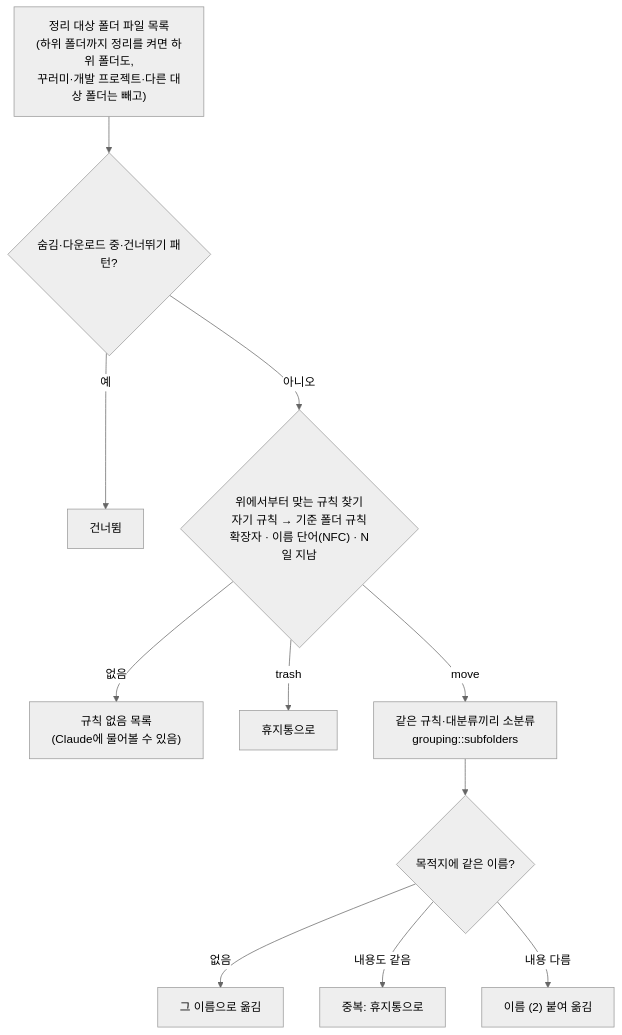
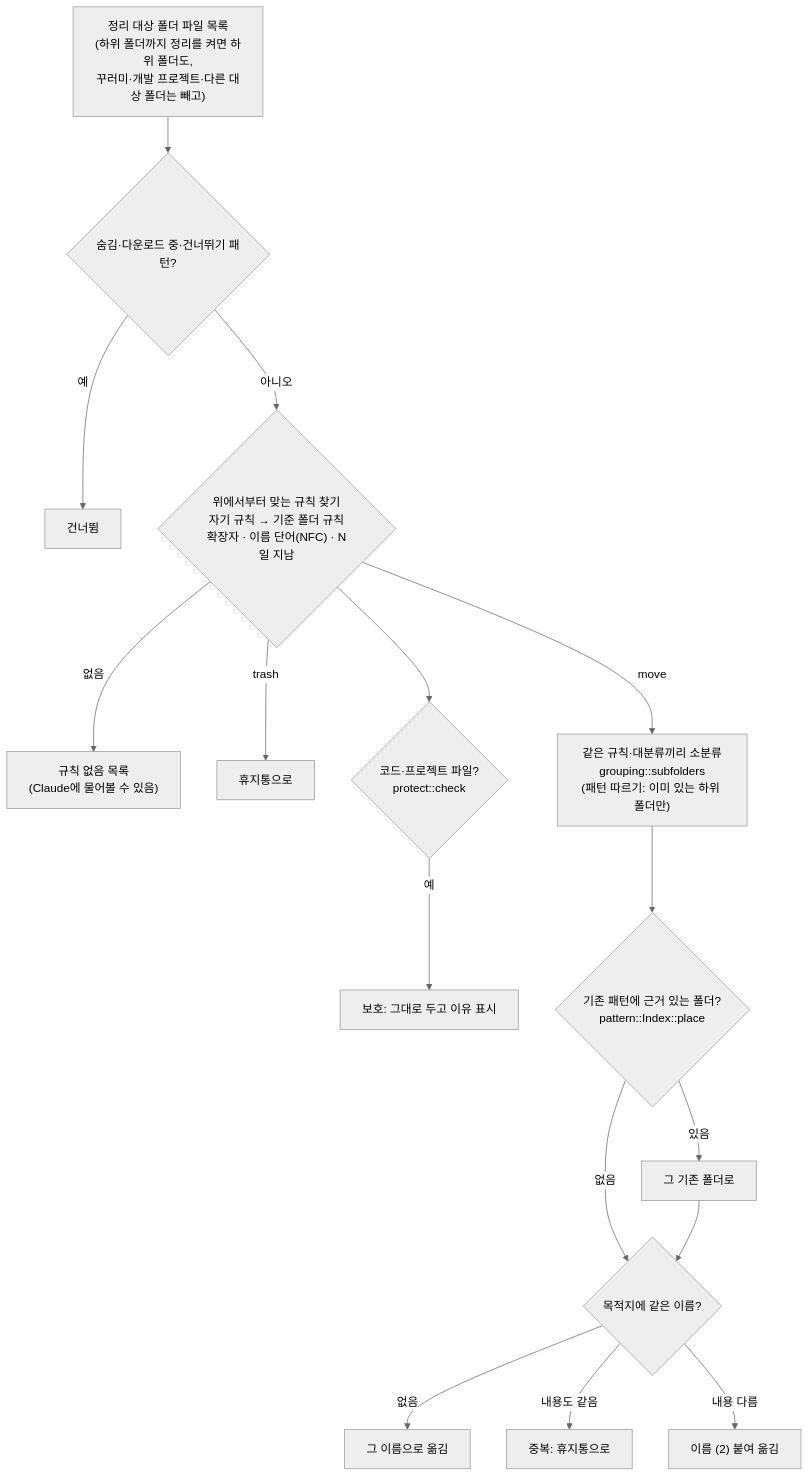
Before and after one commit to ESeungJun/smash: the third of 7 diagrams in docs/구현도.md, drawn with Mermaid (neutral theme). The commit also changed other lines of this file and 5 other files, not shown here.

````diff
--- a/docs/구현도.md
+++ b/docs/구현도.md
@@ -117,13 +117,18 @@
 ```mermaid
 flowchart TD
   A["정리 대상 폴더 파일 목록<br/>(하위 폴더까지 정리를 켜면 하위 폴더도,<br/>꾸러미·개발 프로젝트·다른 대상 폴더는 빼고)"] --> B{"숨김·다운로드 중·건너뛰기 패턴?"}
   B -- 예 --> X["건너뜀"]
   B -- 아니오 --> C{"위에서부터 맞는 규칙 찾기<br/>자기 규칙 → 기준 폴더 규칙<br/>확장자 · 이름 단어(NFC) · N일 지남"}
   C -- 없음 --> U["규칙 없음 목록<br/>(Claude에 물어볼 수 있음)"]
   C -- trash --> T["휴지통으로"]
-  C -- move --> G["같은 규칙·대분류끼리 소분류<br/>grouping::subfolders"]
-  G --> D{"목적지에 같은 이름?"}
+  C --> P{"코드·프로젝트 파일?<br/>protect::check"}
+  P -- 예 --> PR["보호: 그대로 두고 이유 표시"]
+  C -- move --> G["같은 규칙·대분류끼리 소분류<br/>grouping::subfolders<br/>(패턴 따르기: 이미 있는 하위 폴더만)"]
+  G --> PT{"기존 패턴에 근거 있는 폴더?<br/>pattern::Index::place"}
+  PT -- 있음 --> PD["그 기존 폴더로"]
+  PT -- 없음 --> D{"목적지에 같은 이름?"}
+  PD --> D
   D -- 없음 --> M["그 이름으로 옮김"]
   D -- 내용도 같음 --> DUP["중복: 휴지통으로"]
   D -- 내용 다름 --> RN["이름 (2) 붙여 옮김"]
 ```
````
